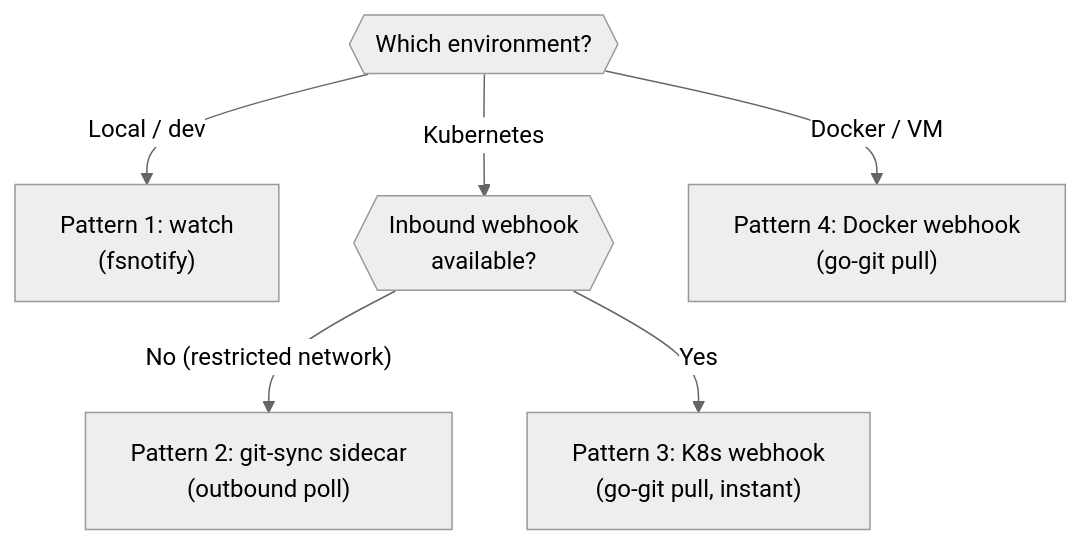
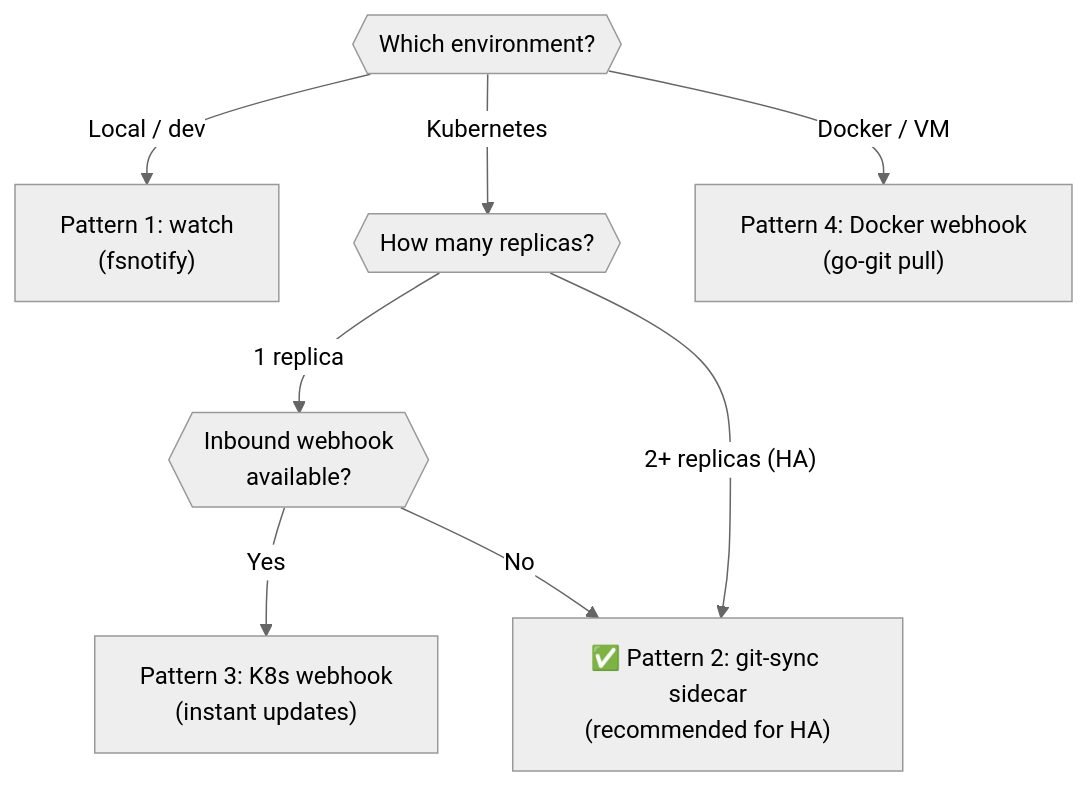
One commit to khaines/blogflow changed the first of 8 diagrams in docs/deployment-guide.md. Above: the diagram before and after it, drawn with Mermaid (neutral theme). The commit also changed other lines of this file, not shown here.

First line of the commit message:
docs: add HA webhook deployment pattern (#111)

````diff
--- a/docs/deployment-guide.md
+++ b/docs/deployment-guide.md
@@ -34,9 +35,12 @@
 ```mermaid
 graph TD
     Start{{Which environment?}} -->|Local / dev| P1["Pattern 1: watch\n(fsnotify)"]
-    Start -->|Kubernetes| K8s{{Inbound webhook\navailable?}}
+    Start -->|Kubernetes| K8s{{How many replicas?}}
     Start -->|Docker / VM| P4["Pattern 4: Docker webhook\n(go-git pull)"]
 
-    K8s -->|"No (restricted network)"| P2["Pattern 2: git-sync sidecar\n(outbound poll)"]
-    K8s -->|"Yes"| P3["Pattern 3: K8s webhook\n(go-git pull, instant)"]
+    K8s -->|"1 replica"| Single{{Inbound webhook\navailable?}}
+    K8s -->|"2+ replicas (HA)"| P2["✅ Pattern 2: git-sync sidecar\n(recommended for HA)"]
+
+    Single -->|"Yes"| P3["Pattern 3: K8s webhook\n(instant updates)"]
+    Single -->|"No"| P2
 ```
````
